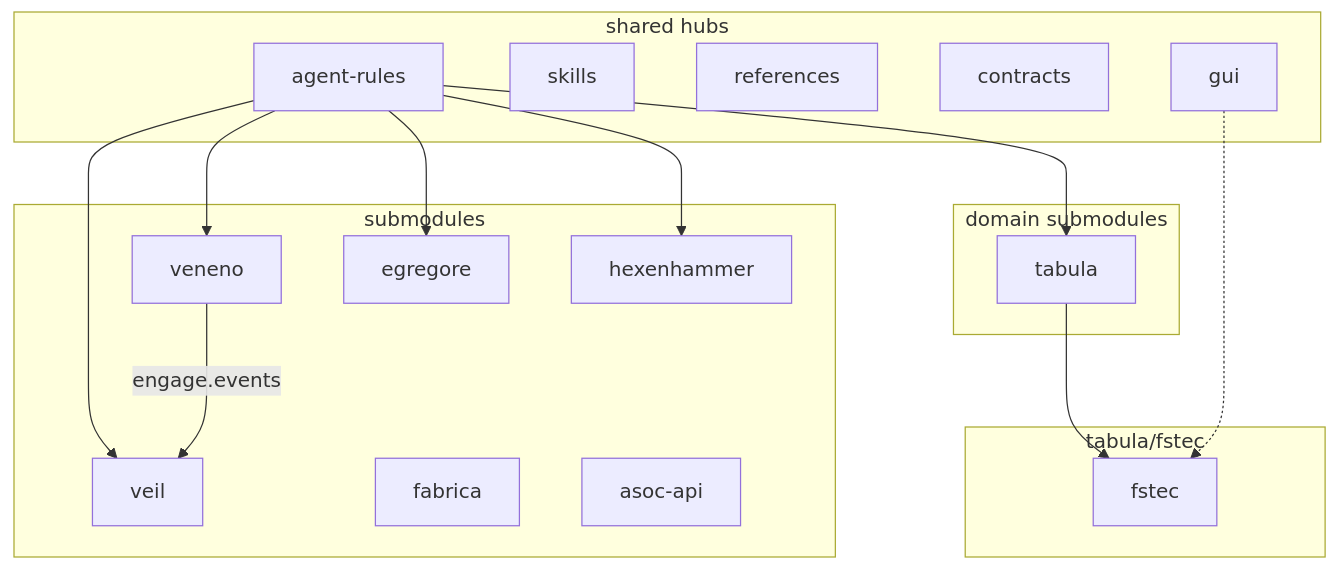
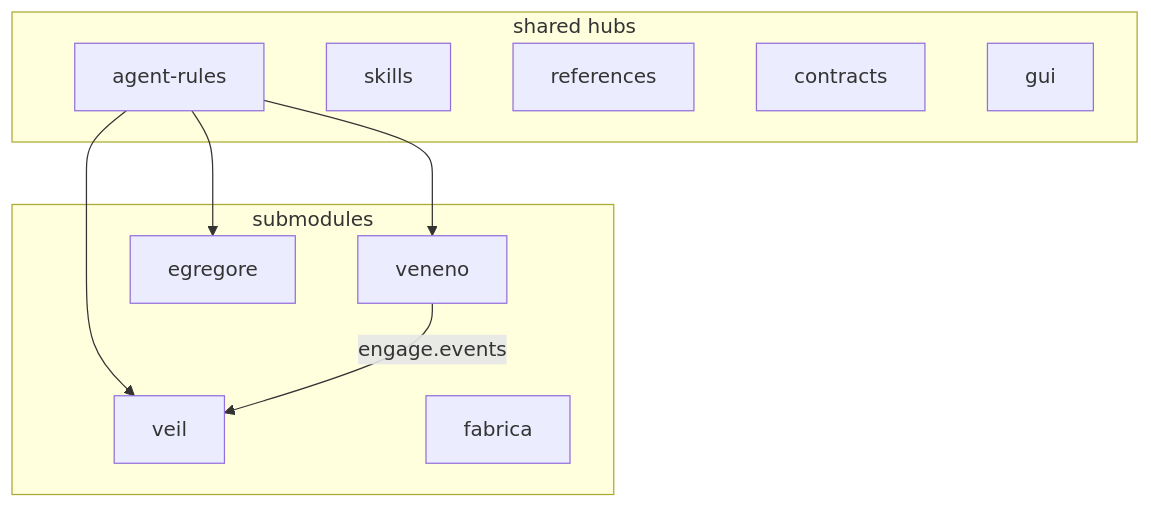
One commit to butbeautifulv/cxado changed the diagram in docs/adr/cxado-architecture.md. Above: the diagram before and after it, drawn with Mermaid. The commit also changed other lines of this file and 249 other files, not shown here.

````diff
--- a/docs/adr/cxado-architecture.md
+++ b/docs/adr/cxado-architecture.md
@@ -54,36 +53,22 @@
 ```mermaid
 flowchart TB
   subgraph hubs [shared hubs]
     RULES[agent-rules]
     SKILLS[skills]
     REFS[references]
     CTR[contracts]
     GUI[gui]
   end
 
   subgraph products [submodules]
     VEIL[veil]
     VENENO[veneno]
     EGG[egregore]
     FAB[fabrica]
-    ASOC[asoc-api]
-    HEX[hexenhammer]
-  end
-
-  subgraph domains [domain submodules]
-    TABULA[tabula]
-  end
-
-  subgraph tabula_mod [tabula/fstec]
-    FSTEC[fstec]
   end
 
   RULES --> VEIL
   RULES --> VENENO
   RULES --> EGG
-  RULES --> HEX
-  RULES --> TABULA
-  GUI -.-> FSTEC
-  TABULA --> FSTEC
   VENENO -->|engage.events| VEIL
 ```
````
